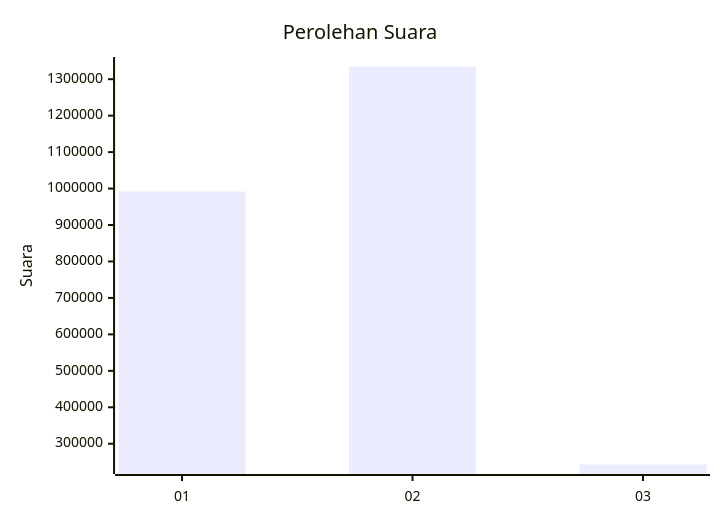
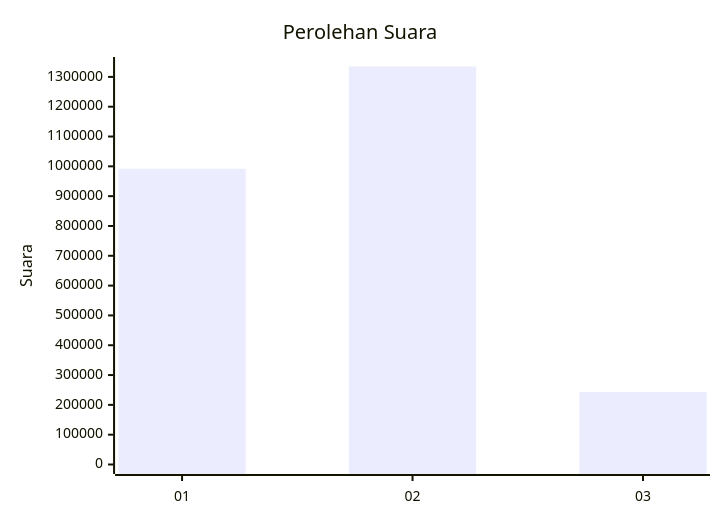
The first of 2 diagrams in pilpres/hitung-suara/sub/table-wilayah-14.md (gigit-pemilu/pemilu-2024), drawn with Mermaid before and after one commit. The commit also changed 42 other files, not shown here.

````diff
--- a/pilpres/hitung-suara/sub/table-wilayah-14.md
+++ b/pilpres/hitung-suara/sub/table-wilayah-14.md
@@ -7,7 +7,7 @@
 ```mermaid
 xychart-beta
     title "Perolehan Suara"
     x-axis [01, 02, 03]
-    y-axis "Suara"
+    y-axis "Suara" 0 --> 1334849
     bar [991827, 1334849, 243067]
 ```
````
